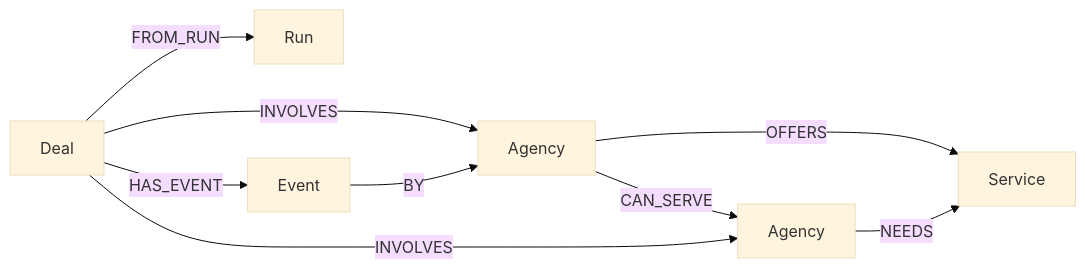
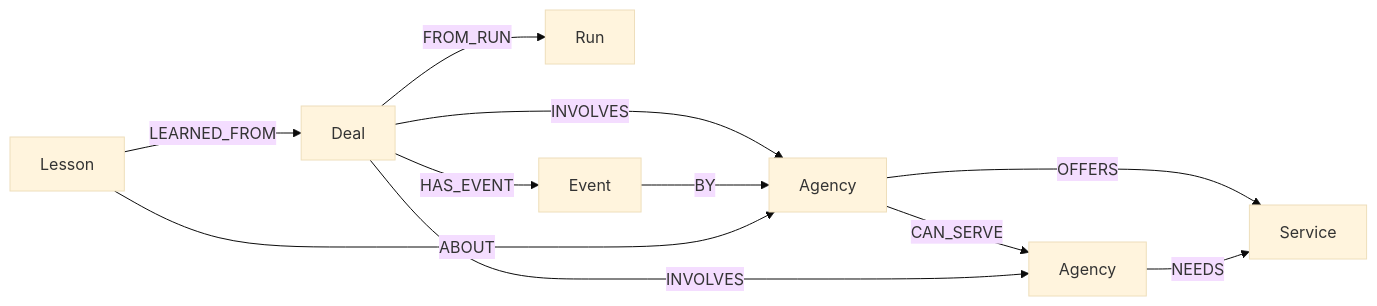
The diagram in README.md (MaanavKrishna/deadlock-graphhacks), drawn with Mermaid (base theme) before and after one commit. The commit also changed other lines of this file and 35 other files, not shown here.

Commit message:
feat: add live Claude negotiation and graph-backed learning

````diff
--- a/README.md
+++ b/README.md
@@ -62,11 +66,13 @@
 ```mermaid
 graph LR
   A[Agency] -->|OFFERS| S[Service]
   B[Agency] -->|NEEDS| S
   A -->|CAN_SERVE| B
   D[Deal] -->|INVOLVES| A
   D -->|INVOLVES| B
   D -->|FROM_RUN| R[Run]
   D -->|HAS_EVENT| E[Event]
   E -->|BY| A
+  L[Lesson] -->|ABOUT| A
+  L -->|LEARNED_FROM| D
 ```
````
